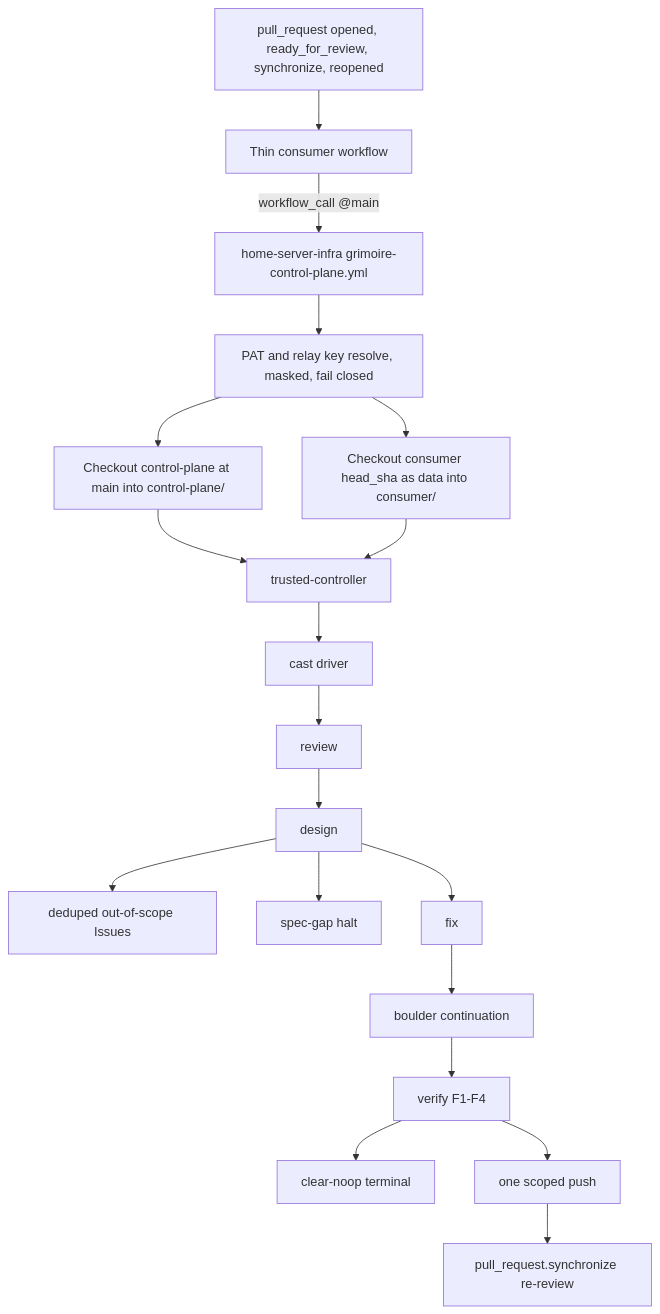
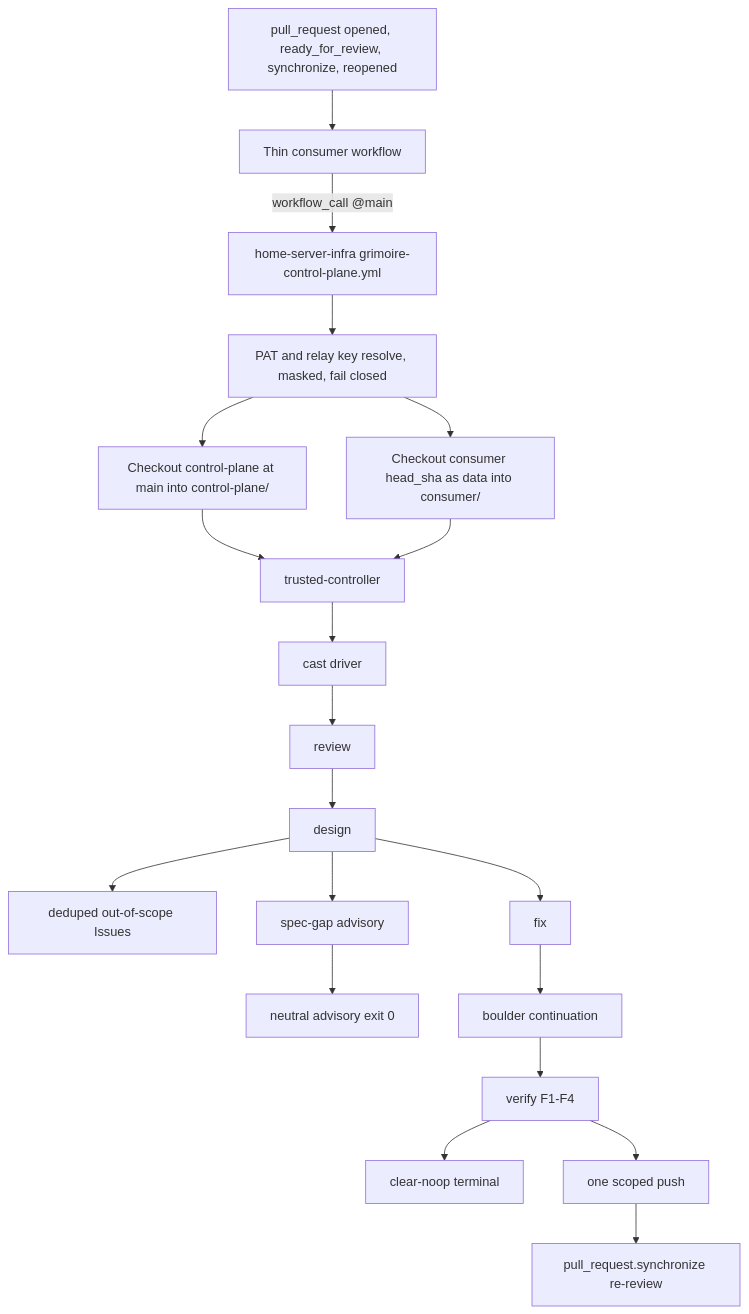
Before and after one commit to DongwonTTuna-Labs/home-server-infra: the diagram in docs/grimoire-reusable.md, drawn with Mermaid. The commit also changed other lines of this file and 4 other files, not shown here.

````diff
--- a/docs/grimoire-reusable.md
+++ b/docs/grimoire-reusable.md
@@ -51,21 +68,22 @@
 ```mermaid
 flowchart TD
   PR[pull_request opened, ready_for_review, synchronize, reopened] --> Caller[Thin consumer workflow]
   Caller -->|workflow_call @main| Reusable[home-server-infra grimoire-control-plane.yml]
   Reusable --> Auth[PAT and relay key resolve, masked, fail closed]
   Auth --> Control[Checkout control-plane at main into control-plane/]
   Auth --> Consumer[Checkout consumer head_sha as data into consumer/]
   Control --> Trusted[trusted-controller]
   Consumer --> Trusted
   Trusted --> Cast[cast driver]
   Cast --> Review[review]
   Review --> Design[design]
   Design --> Issues[deduped out-of-scope Issues]
-  Design --> Gap[spec-gap halt]
+  Design --> Gap[spec-gap advisory]
+  Gap --> Advisory[neutral advisory exit 0]
   Design --> Fix[fix]
   Fix --> Boulder[boulder continuation]
   Boulder --> Verify[verify F1-F4]
   Verify --> Clear[clear-noop terminal]
   Verify --> Push[one scoped push]
   Push --> Sync[pull_request.synchronize re-review]
 ```
````
